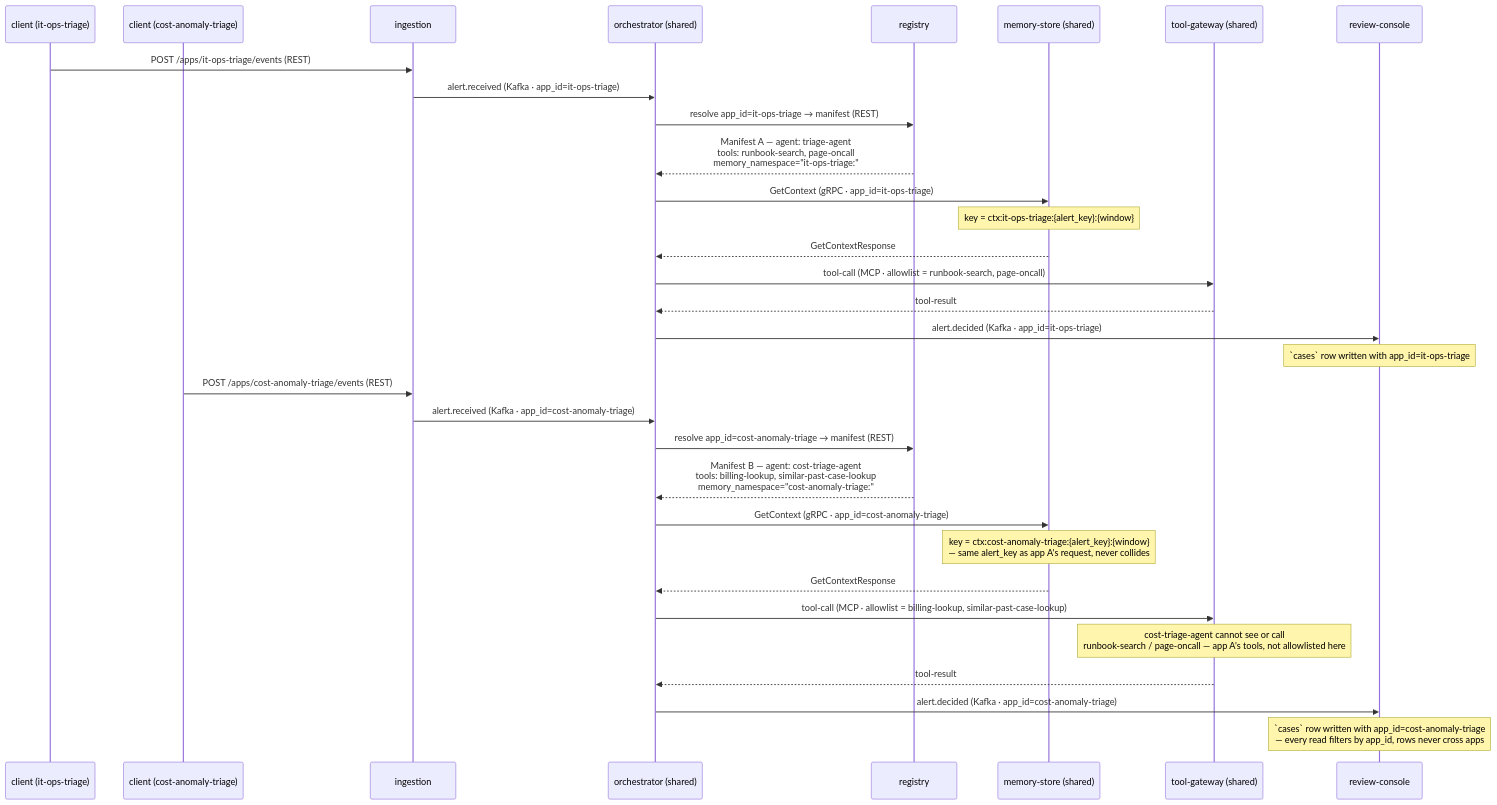
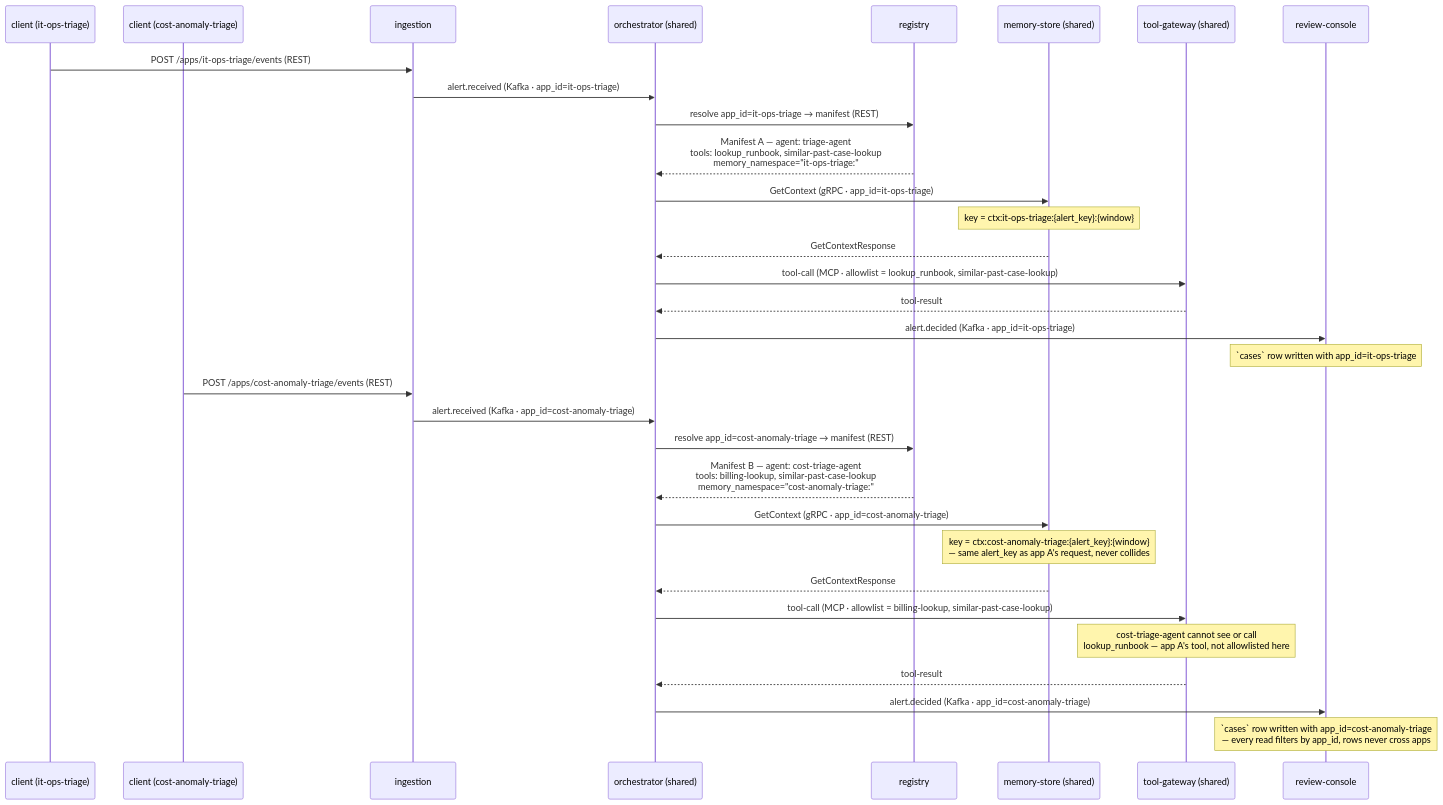
One commit to SrikanthArgp/agentic-platform changed the fourth of 4 diagrams in docs/sequence_diagram.md. Above: the diagram before and after it, drawn with Mermaid. The commit also changed other lines of this file and 20 other files, not shown here.

````diff
--- a/docs/sequence_diagram.md
+++ b/docs/sequence_diagram.md
@@ -178,36 +188,36 @@
 ```mermaid
 sequenceDiagram
     participant ClientA as client (it-ops-triage)
     participant ClientB as client (cost-anomaly-triage)
     participant Ingestion as ingestion
     participant Orchestrator as orchestrator (shared)
     participant Registry as registry
     participant MemoryStore as memory-store (shared)
     participant ToolGateway as tool-gateway (shared)
     participant ReviewConsole as review-console
 
     ClientA->>Ingestion: POST /apps/it-ops-triage/events (REST)
     Ingestion->>Orchestrator: alert.received (Kafka · app_id=it-ops-triage)
     Orchestrator->>Registry: resolve app_id=it-ops-triage → manifest (REST)
-    Registry-->>Orchestrator: Manifest A — agent: triage-agent<br/>tools: runbook-search, page-oncall<br/>memory_namespace="it-ops-triage:"
+    Registry-->>Orchestrator: Manifest A — agent: triage-agent<br/>tools: lookup_runbook, similar-past-case-lookup<br/>memory_namespace="it-ops-triage:"
     Orchestrator->>MemoryStore: GetContext (gRPC · app_id=it-ops-triage)
     Note over MemoryStore: key = ctx:it-ops-triage:{alert_key}:{window}
     MemoryStore-->>Orchestrator: GetContextResponse
-    Orchestrator->>ToolGateway: tool-call (MCP · allowlist = runbook-search, page-oncall)
+    Orchestrator->>ToolGateway: tool-call (MCP · allowlist = lookup_runbook, similar-past-case-lookup)
     ToolGateway-->>Orchestrator: tool-result
     Orchestrator->>ReviewConsole: alert.decided (Kafka · app_id=it-ops-triage)
     Note over ReviewConsole: `cases` row written with app_id=it-ops-triage
 
     ClientB->>Ingestion: POST /apps/cost-anomaly-triage/events (REST)
     Ingestion->>Orchestrator: alert.received (Kafka · app_id=cost-anomaly-triage)
     Orchestrator->>Registry: resolve app_id=cost-anomaly-triage → manifest (REST)
     Registry-->>Orchestrator: Manifest B — agent: cost-triage-agent<br/>tools: billing-lookup, similar-past-case-lookup<br/>memory_namespace="cost-anomaly-triage:"
     Orchestrator->>MemoryStore: GetContext (gRPC · app_id=cost-anomaly-triage)
     Note over MemoryStore: key = ctx:cost-anomaly-triage:{alert_key}:{window}<br/>— same alert_key as app A's request, never collides
     MemoryStore-->>Orchestrator: GetContextResponse
     Orchestrator->>ToolGateway: tool-call (MCP · allowlist = billing-lookup, similar-past-case-lookup)
-    Note over ToolGateway: cost-triage-agent cannot see or call<br/>runbook-search / page-oncall — app A's tools, not allowlisted here
+    Note over ToolGateway: cost-triage-agent cannot see or call<br/>lookup_runbook — app A's tool, not allowlisted here
     ToolGateway-->>Orchestrator: tool-result
     Orchestrator->>ReviewConsole: alert.decided (Kafka · app_id=cost-anomaly-triage)
     Note over ReviewConsole: `cases` row written with app_id=cost-anomaly-triage<br/>— every read filters by app_id, rows never cross apps
 ```
````
